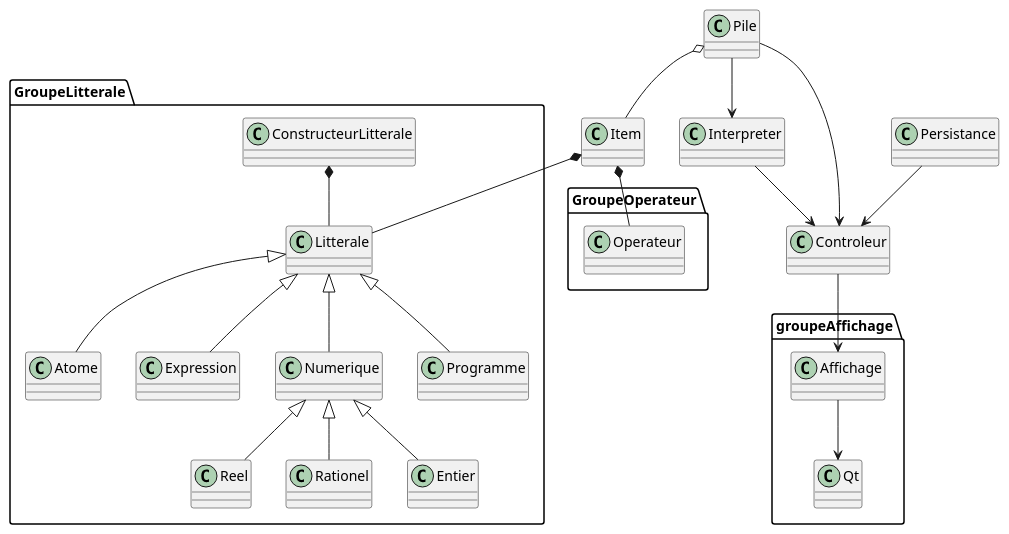
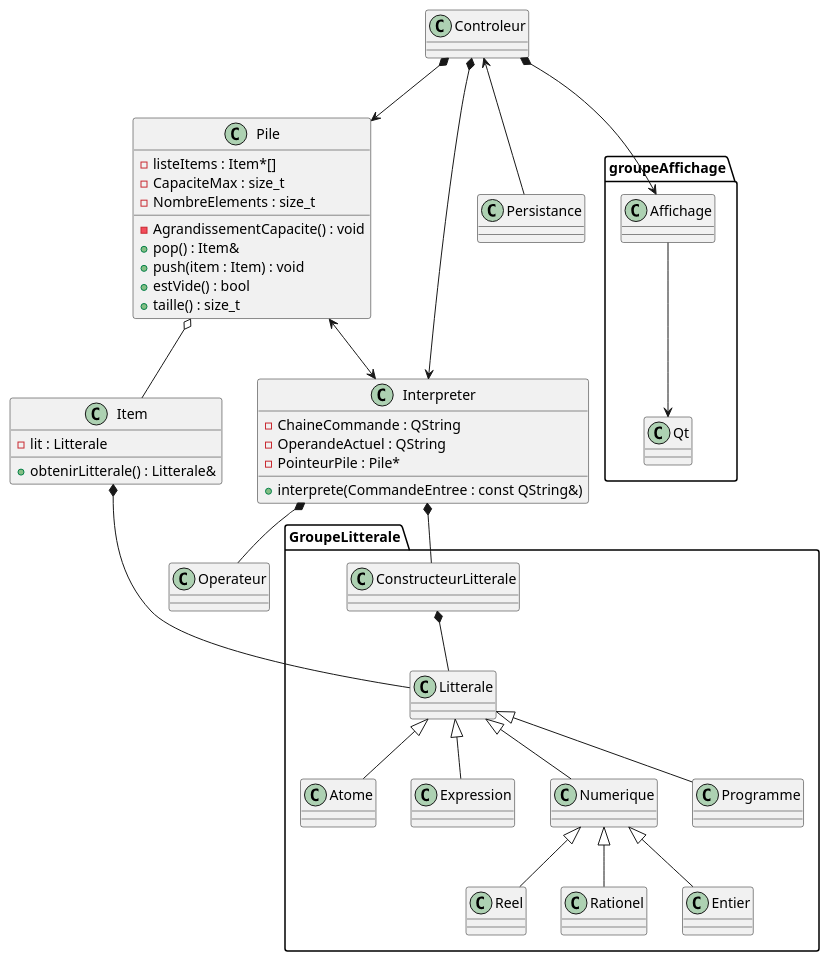
The diagram in UML.puml (LouisJeanneau/LO21-Projet-CompUT), drawn with PlantUML before and after one commit.

Commit message:
UML temporaire fait pour Pile / Interpreter et Item. Agencement refait

```diff
--- a/UML.puml
+++ b/UML.puml
@@ -1,104 +1,115 @@
 @startuml
 
 package "GroupeLitterale" {
-
     Class Litterale{
 
     }
 
     Class ConstructeurLitterale{
 
     }
 
     Class Atome{
 
     }
 
     Class Expression{
 
     }
 
     Class Numerique{
 
     }
 
     Class Reel{
 
     }
 
     Class Rationel{
 
     }
 
     Class Entier{
 
     }
 
     Class Programme{
 
     }
 
 }
 
 
 Class Item{
+    -lit : Litterale
+    +obtenirLitterale() : Litterale&
+}
+
+Class Operateur{
 
 }
 
-package "GroupeOperateur" {
-
-    Class Operateur{
-
-    }
-
-}
 
 Class Pile{
+    -listeItems : Item*[]
+    -CapaciteMax : size_t
+    -NombreElements : size_t
+    -AgrandissementCapacite() : void
+    +pop() : Item&
+    +push(item : Item) : void
+    +estVide() : bool
+    +taille() : size_t
+
+
 
 }
 
 Class Interpreter{
-
+    -ChaineCommande : QString
+    -OperandeActuel : QString
+    -PointeurPile : Pile*
+    +interprete(CommandeEntree : const QString&)
 }
 
 Class Controleur{
 
 }
 
 Class Persistance{
 
 }
 
 package "groupeAffichage" {
 
     Class Affichage{
 
     }
 
     Class Qt {
 
     }
 
 }
 
 Litterale <|-- Programme
 Litterale <|-- Numerique
 Litterale <|-- Expression
 Litterale <|-- Atome
 Numerique <|-- Reel
 Numerique <|-- Rationel
 Numerique <|-- Entier
 
 
 ConstructeurLitterale *-- Litterale
-Item *-- Operateur
+Interpreter *-- Operateur
+Interpreter *-- ConstructeurLitterale
 Item *-- Litterale
 Pile o-- Item
-Pile --> Interpreter
-Interpreter --> Controleur
-Pile --> Controleur
-Persistance --> Controleur
-Controleur --> Affichage
+Pile <--> Interpreter
+Controleur *--> Interpreter
+Controleur *--> Pile
+Controleur <-- Persistance
+Controleur *--> Affichage
 Affichage --> Qt
 
 @enduml
```
